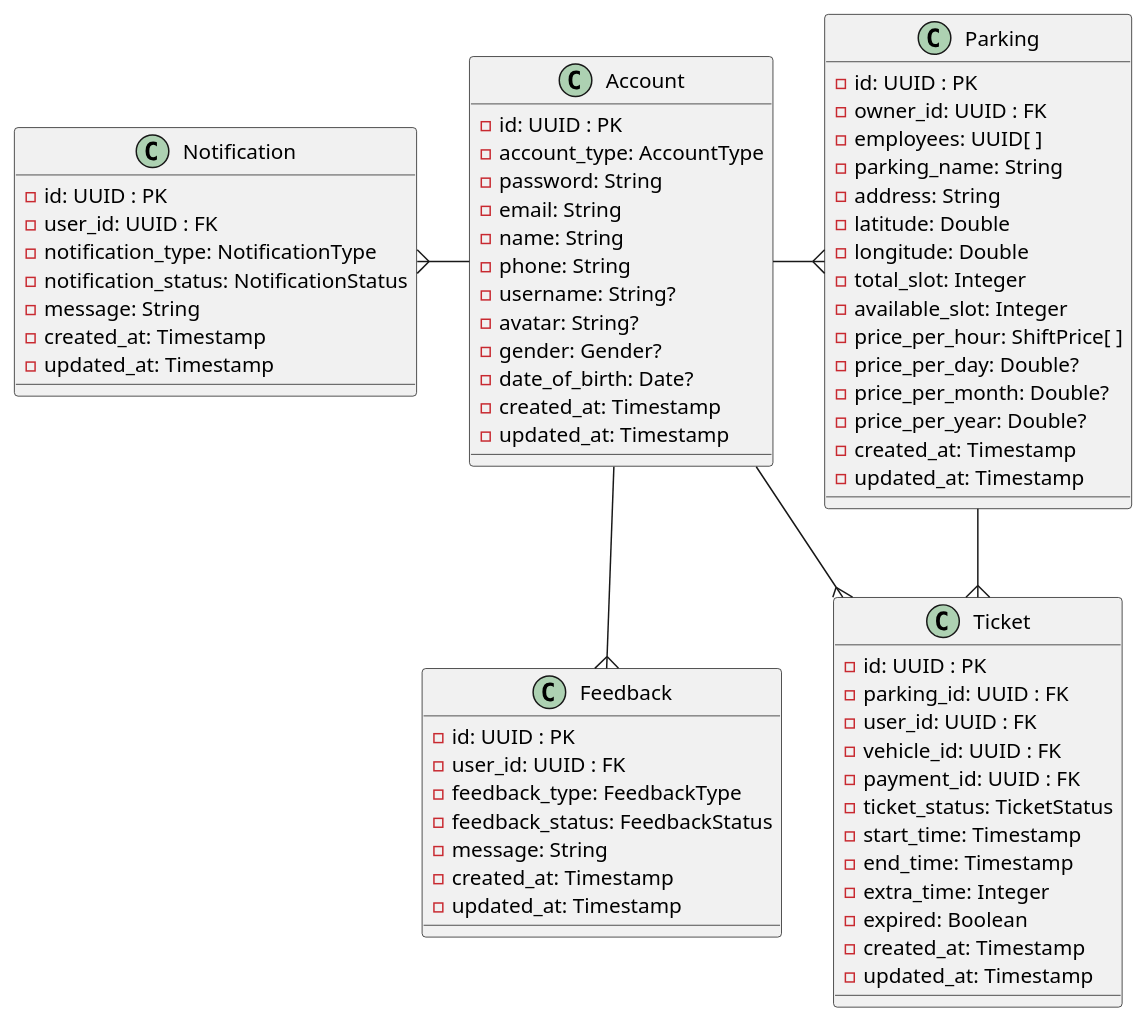
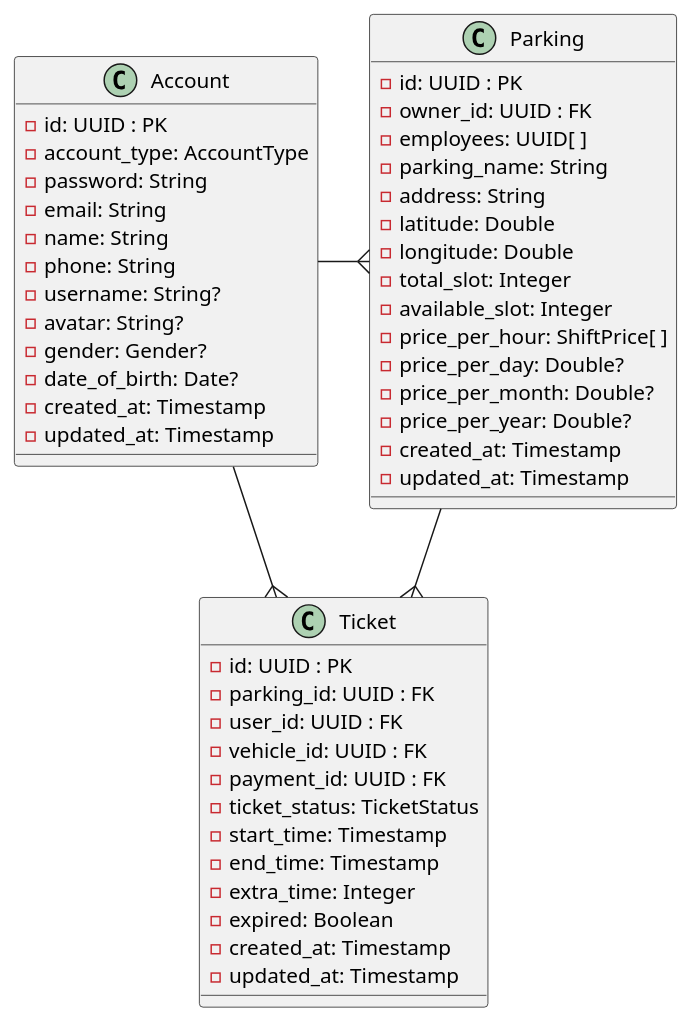
The diagram in class/overall.wsd (hieutbui/graduation-diagram), drawn with PlantUML before and after one commit.

Commit message:
Update overall class

```diff
--- a/class/overall.wsd
+++ b/class/overall.wsd
@@ -1,78 +1,56 @@
 @startuml class_overall
 
 class Account {
   -id: UUID : PK
   -account_type: AccountType
   -password: String
   -email: String
   -name: String
   -phone: String
   -username: String?
   -avatar: String?
   -gender: Gender?
   -date_of_birth: Date?
   -created_at: Timestamp
   -updated_at: Timestamp
 }
 
 class Parking {
   -id: UUID : PK
   -owner_id: UUID : FK
   -employees: UUID[ ]
   -parking_name: String
   -address: String
   -latitude: Double
   -longitude: Double
   -total_slot: Integer
   -available_slot: Integer
   -price_per_hour: ShiftPrice[ ]
   -price_per_day: Double?
   -price_per_month: Double?
   -price_per_year: Double?
   -created_at: Timestamp
   -updated_at: Timestamp
 }
 
 class Ticket {
   -id: UUID : PK
   -parking_id: UUID : FK
   -user_id: UUID : FK
   -vehicle_id: UUID : FK
   -payment_id: UUID : FK
   -ticket_status: TicketStatus
   -start_time: Timestamp
   -end_time: Timestamp
   -extra_time: Integer
   -expired: Boolean
   -created_at: Timestamp
   -updated_at: Timestamp
 }
 
-class Notification {
-  -id: UUID : PK
-  -user_id: UUID : FK
-  -notification_type: NotificationType
-  -notification_status: NotificationStatus
-  -message: String
-  -created_at: Timestamp
-  -updated_at: Timestamp
-}
-
-class Feedback {
-  -id: UUID : PK
-  -user_id: UUID : FK
-  -feedback_type: FeedbackType
-  -feedback_status: FeedbackStatus
-  -message: String
-  -created_at: Timestamp
-  -updated_at: Timestamp
-}
-
 Account --{ Ticket
-Account -left-{ Notification
-Account --{ Feedback
 Account -right-{ Parking
 
 Parking --{ Ticket
 
 @enduml
```
